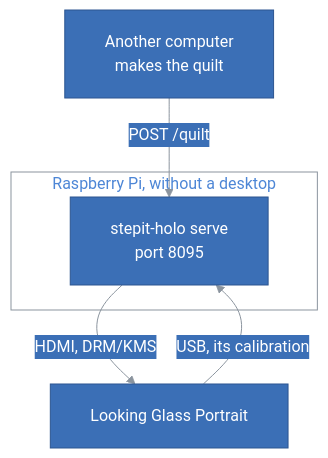
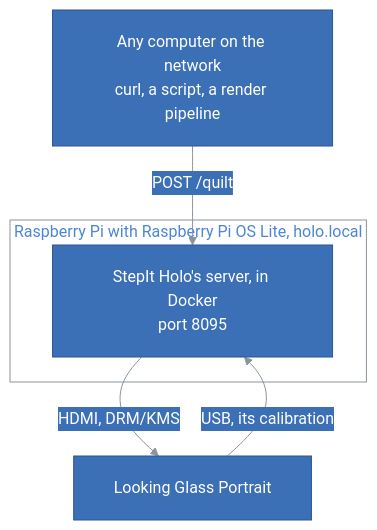
The diagram in README.md (kineticsystem/holo-pi), drawn with Mermaid before and after one commit. The commit also changed other lines of this file and 1 other file, not shown here.

First line of the commit message:
Put the Raspberry Pi and its API first in the README

````diff
--- a/README.md
+++ b/README.md
@@ -172,67 +42,67 @@
 ```mermaid
 ---
 config:
   theme: base
   themeCSS: ".edgeLabel p { padding: 4px 10px; }"
   flowchart:
     padding: 20
     nodeSpacing: 40
     rankSpacing: 50
   class:
     padding: 16
   sequence:
     boxMargin: 12
     boxTextMargin: 8
     noteMargin: 28
     messageMargin: 40
     actorMargin: 60
     labelBoxWidth: 56
     labelBoxHeight: 28
   themeVariables:
     primaryColor: "#3b6fb6"
     primaryTextColor: "#ffffff"
     primaryBorderColor: "#2c5590"
     lineColor: "#8b949e"
     textColor: "#4d86d6"
     actorBkg: "#3b6fb6"
     actorBorder: "#2c5590"
     actorTextColor: "#ffffff"
     actorLineColor: "#8b949e"
     signalColor: "#8b949e"
     signalTextColor: "#4d86d6"
     noteBkgColor: "#3b6fb6"
     noteTextColor: "#ffffff"
     noteBorderColor: "#2c5590"
     secondaryColor: "#3b6fb6"
     tertiaryColor: "#3b6fb6"
     clusterBkg: "transparent"
     clusterBorder: "#8b949e"
     titleColor: "#4d86d6"
     edgeLabelBackground: "#3b6fb6"
     classText: "#ffffff"
     labelBoxBkgColor: "#3b6fb6"
     labelBoxBorderColor: "#2c5590"
     labelTextColor: "#ffffff"
     loopTextColor: "#4d86d6"
     mainBkg: "#3b6fb6"
     nodeBorder: "#2c5590"
     nodeTextColor: "#ffffff"
     secondaryBorderColor: "#2c5590"
     secondaryTextColor: "#ffffff"
     tertiaryBorderColor: "#2c5590"
     tertiaryTextColor: "#ffffff"
     errorBkgColor: "#3b6fb6"
     errorTextColor: "#ffffff"
 ---
 flowchart TB
-    Maker["Another computer<br/>makes the quilt"]
-    subgraph Pi["Raspberry Pi, without a desktop"]
-        Server["stepit-holo serve<br/>port 8095"]
+    Maker["Any computer on the network<br/>curl, a script, a render pipeline"]
+    subgraph Pi["Raspberry Pi with Raspberry Pi OS Lite, holo.local"]
+        Server["StepIt Holo's server, in Docker<br/>port 8095"]
     end
     Portrait["Looking Glass Portrait"]
     Maker -- "POST /quilt" --> Server
     Server -- "HDMI, DRM/KMS" --> Portrait
     Portrait -- "USB, its calibration" --> Server
 
     classDef default fill:#3b6fb6,stroke:#2c5590,color:#ffffff
 ```
````
